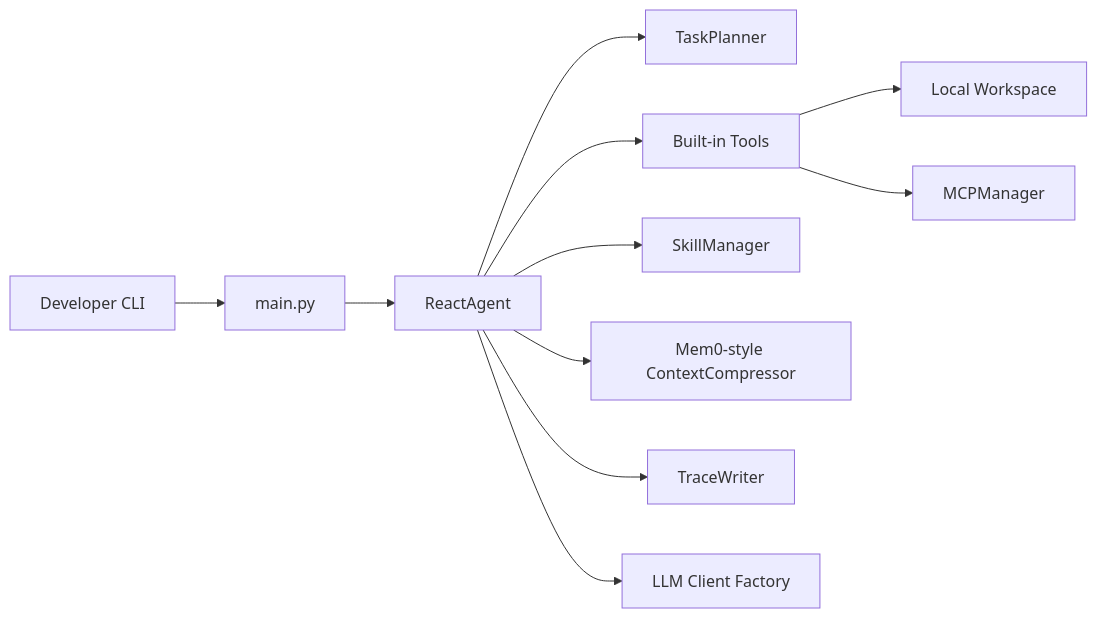
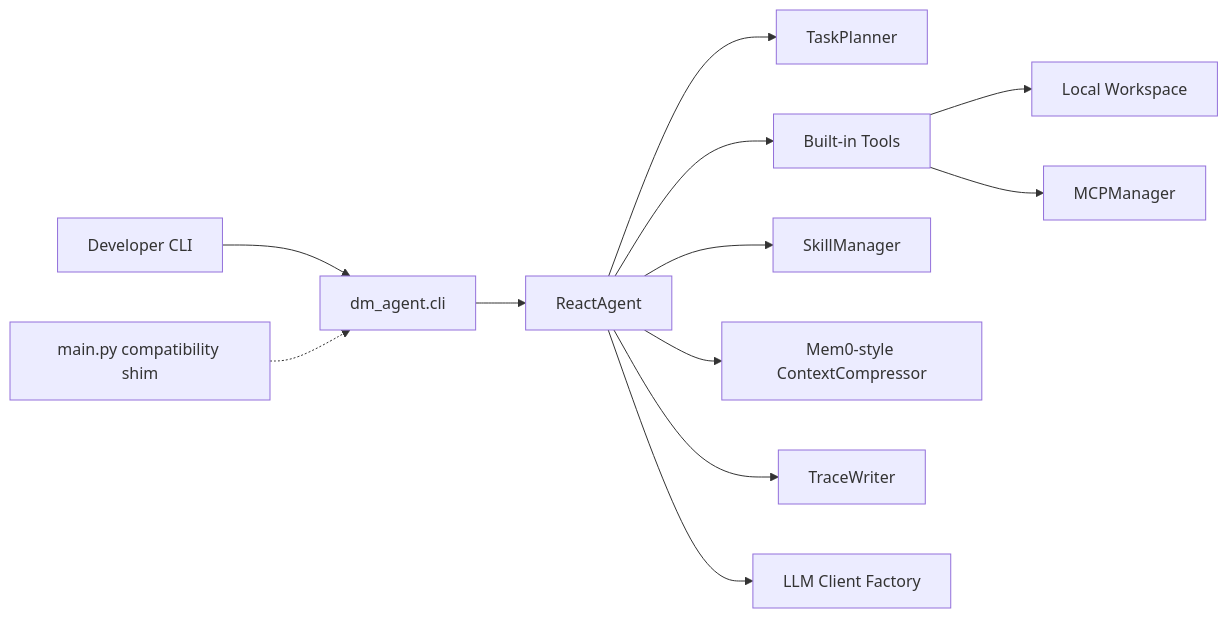
One commit to hwfengcs/DM-Code-Agent changed the diagram in README_EN.md. Above: the diagram before and after it, drawn with Mermaid. The commit also changed other lines of this file and 5 other files, not shown here.

````diff
--- a/README_EN.md
+++ b/README_EN.md
@@ -242,13 +242,14 @@
 ```mermaid
 flowchart LR
-    User[Developer CLI] --> Main[main.py]
-    Main --> Agent[ReactAgent]
+    User[Developer CLI] --> CLI[dm_agent.cli]
+    Compat[main.py compatibility shim] -.-> CLI
+    CLI --> Agent[ReactAgent]
     Agent --> Planner[TaskPlanner]
     Agent --> Tools[Built-in Tools]
     Agent --> Skills[SkillManager]
     Agent --> Memory[Mem0-style ContextCompressor]
     Agent --> Trace[TraceWriter]
     Tools --> Workspace[Local Workspace]
     Tools --> MCP[MCPManager]
     Agent --> LLM[LLM Client Factory]
 ```
````
